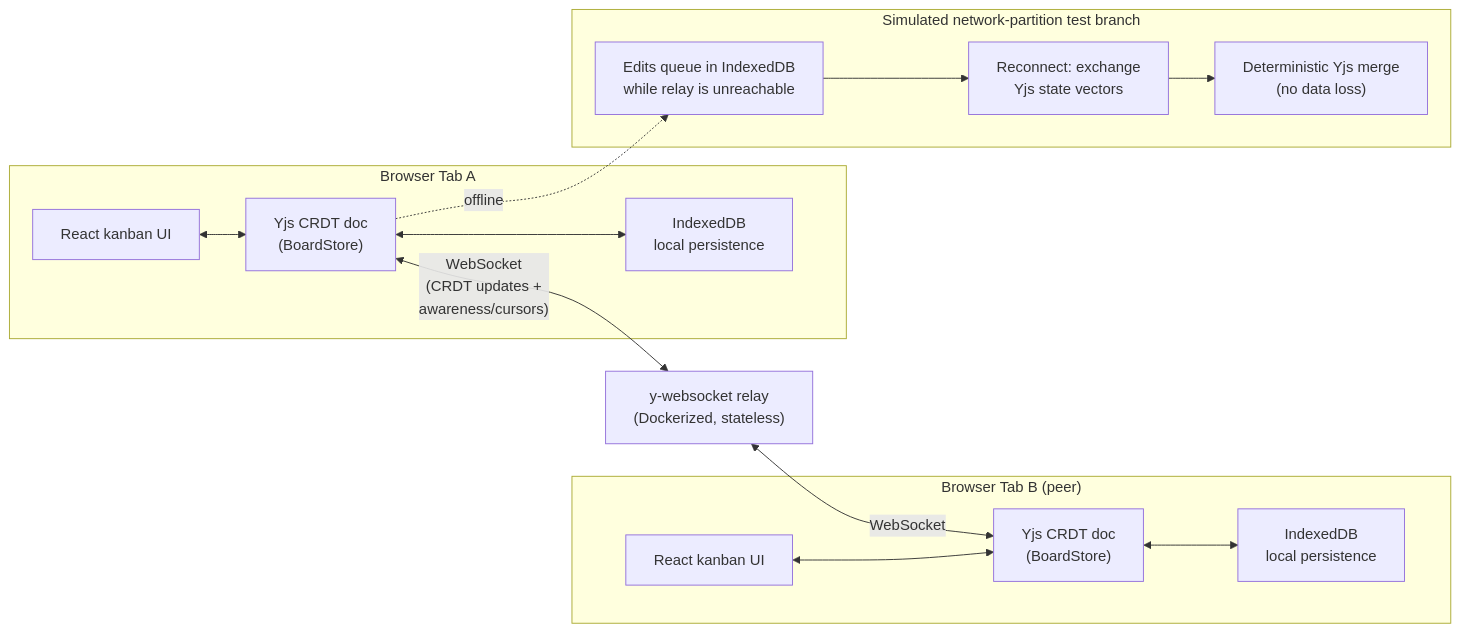
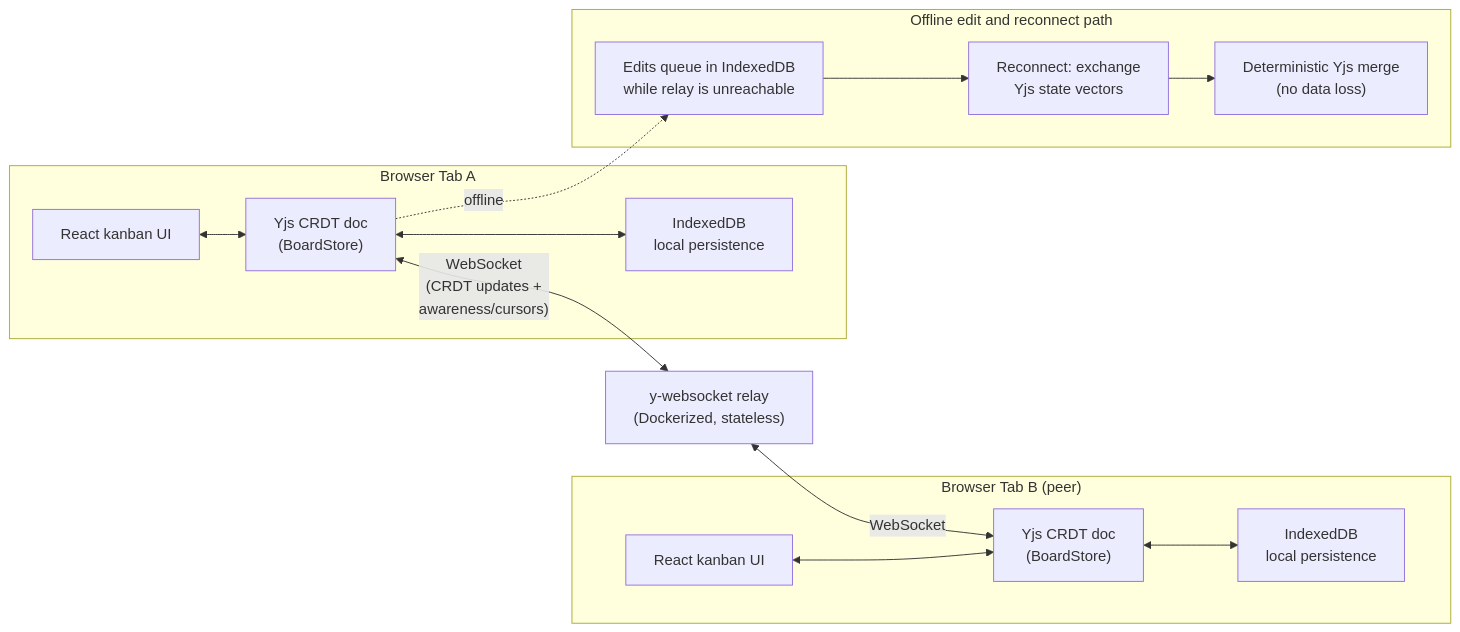
The diagram in README.md (SlateGitOrg/syncboard), drawn with Mermaid before and after one commit. The commit also changed other lines of this file and 2 other files, not shown here.

````diff
--- a/README.md
+++ b/README.md
@@ -34,22 +34,22 @@
 ```mermaid
 flowchart LR
     subgraph ClientA["Browser Tab A"]
         UIA["React kanban UI"] <--> DocA["Yjs CRDT doc<br/>(BoardStore)"]
         DocA <--> IDBA["IndexedDB<br/>local persistence"]
     end
 
     subgraph ClientB["Browser Tab B (peer)"]
         UIB["React kanban UI"] <--> DocB["Yjs CRDT doc<br/>(BoardStore)"]
         DocB <--> IDBB["IndexedDB<br/>local persistence"]
     end
 
     DocA <-->|"WebSocket<br/>(CRDT updates +<br/>awareness/cursors)"| Relay["y-websocket relay<br/>(Dockerized, stateless)"]
     Relay <-->|"WebSocket"| DocB
 
-    subgraph Partition["Simulated network-partition test branch"]
+    subgraph Partition["Offline edit and reconnect path"]
         Offline["Edits queue in IndexedDB<br/>while relay is unreachable"] --> Reconnect["Reconnect: exchange<br/>Yjs state vectors"]
         Reconnect --> Merge["Deterministic Yjs merge<br/>(no data loss)"]
     end
 
     DocA -.->|"offline"| Offline
 ```
````
